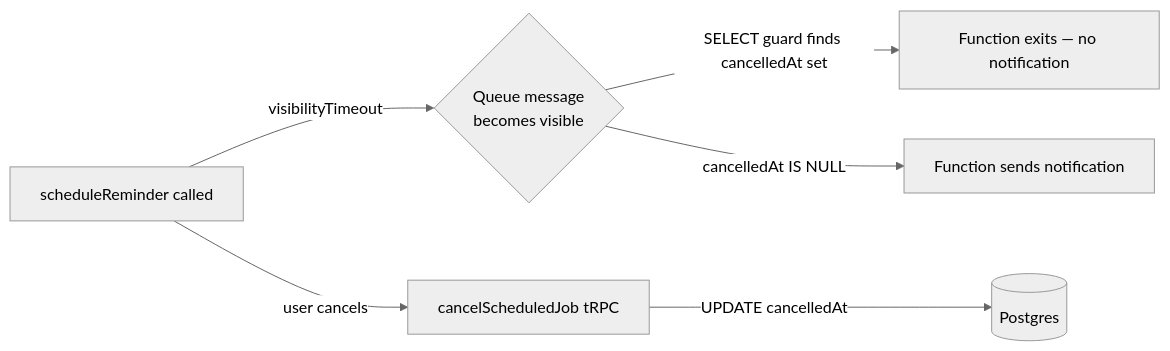
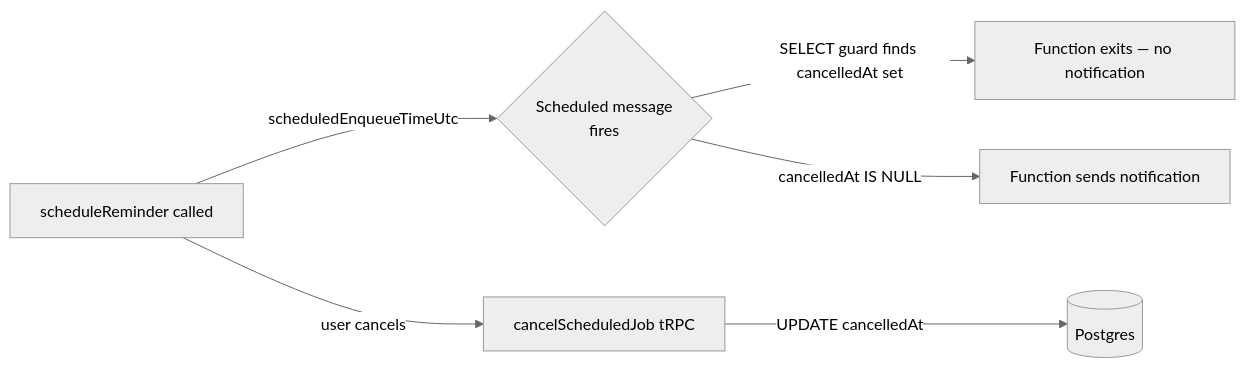
One commit to Esposter/Esposter changed the second of 4 diagrams in features/esbabbler/specs/slash-commands.md. Above: the diagram before and after it, drawn with Mermaid (neutral theme). The commit also changed other lines of this file and 40 other files, not shown here.

````diff
--- a/features/esbabbler/specs/slash-commands.md
+++ b/features/esbabbler/specs/slash-commands.md
@@ -175,8 +175,8 @@
 ```mermaid
 flowchart LR
-    A[scheduleReminder called] -->|visibilityTimeout| B{Queue message<br/>becomes visible}
+    A[scheduleReminder called] -->|scheduledEnqueueTimeUtc| B{Scheduled message<br/>fires}
     A -->|user cancels| C[cancelScheduledJob tRPC]
     C -->|UPDATE cancelledAt| D[(Postgres)]
     B -->|SELECT guard finds cancelledAt set| E[Function exits — no notification]
     B -->|cancelledAt IS NULL| F[Function sends notification]
 ```
````
